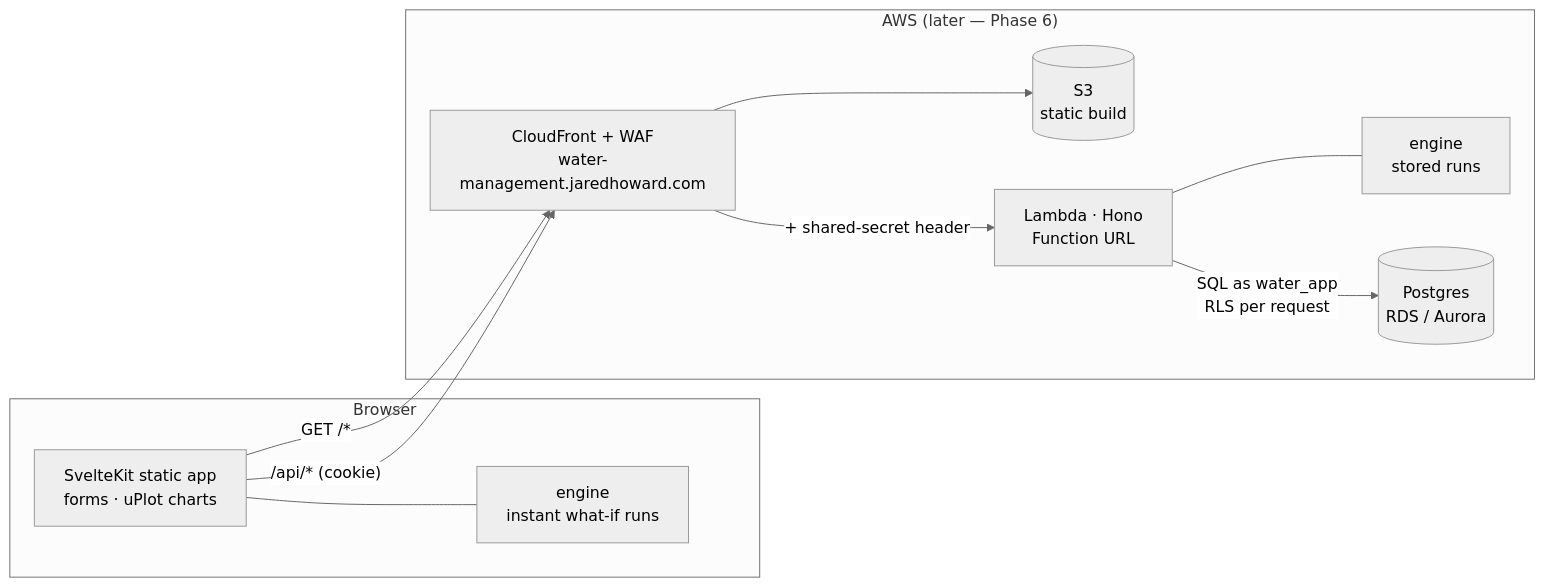
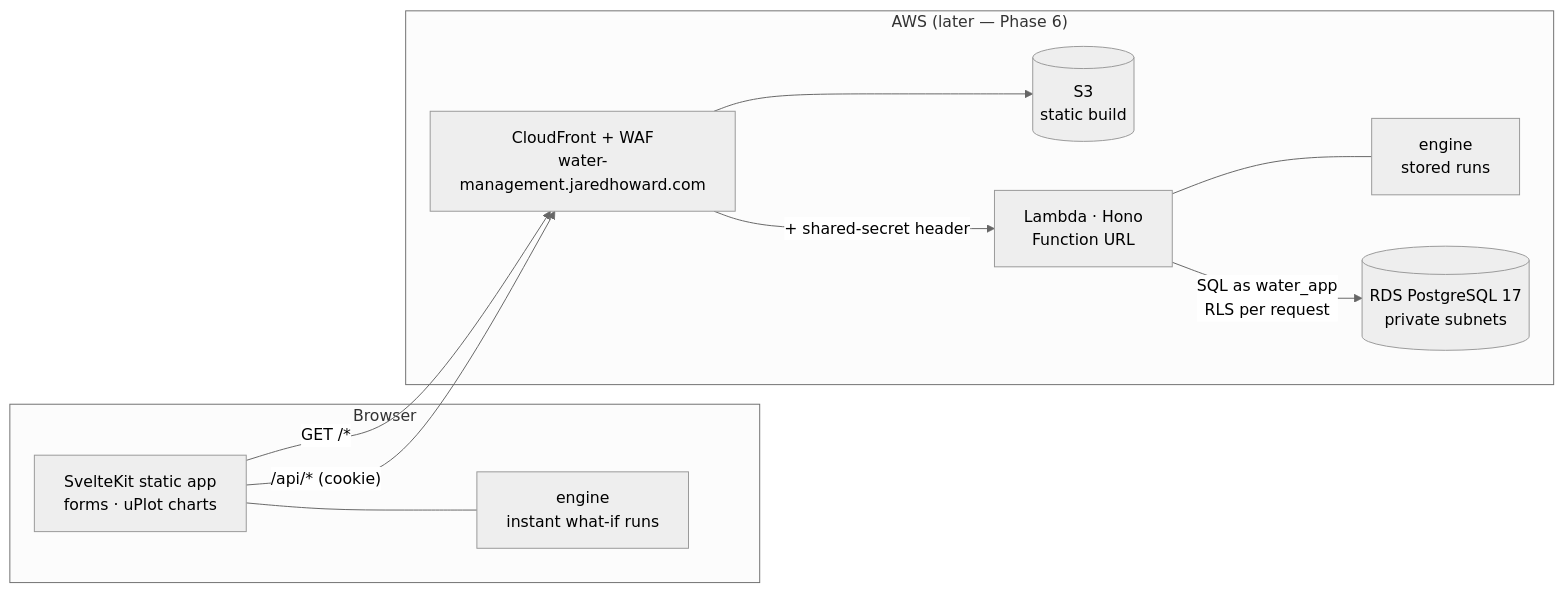
The first of 2 diagrams in docs/architecture.md (Absence0760/project-water-management), drawn with Mermaid (neutral theme) before and after one commit. The commit also changed other lines of this file and 7 other files, not shown here.

First line of the commit message:
docs: pin RDS Postgres 17 deploy plan, demo seeding and hardening backlog

````diff
--- a/docs/architecture.md
+++ b/docs/architecture.md
@@ -10,21 +10,21 @@
 ```mermaid
 flowchart LR
   subgraph Browser
     UI[SvelteKit static app<br/>forms · uPlot charts]
     EB[engine<br/>instant what-if runs]
     UI --- EB
   end
 
   subgraph AWS["AWS (later — Phase 6)"]
     CF[CloudFront + WAF<br/>water-management.jaredhoward.com]
     S3[(S3<br/>static build)]
     L[Lambda · Hono<br/>Function URL]
     EL[engine<br/>stored runs]
-    DB[(Postgres<br/>RDS / Aurora)]
+    DB[(RDS PostgreSQL 17<br/>private subnets)]
     L --- EL
   end
 
   UI -- "GET /*" --> CF --> S3
   UI -- "/api/* (cookie)" --> CF -- "+ shared-secret header" --> L
   L -- "SQL as water_app<br/>RLS per request" --> DB
 ```
````
